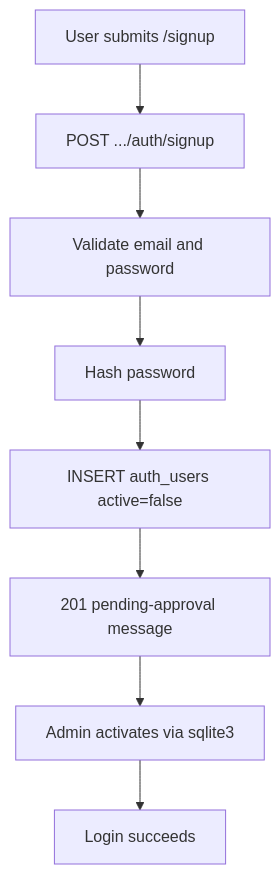
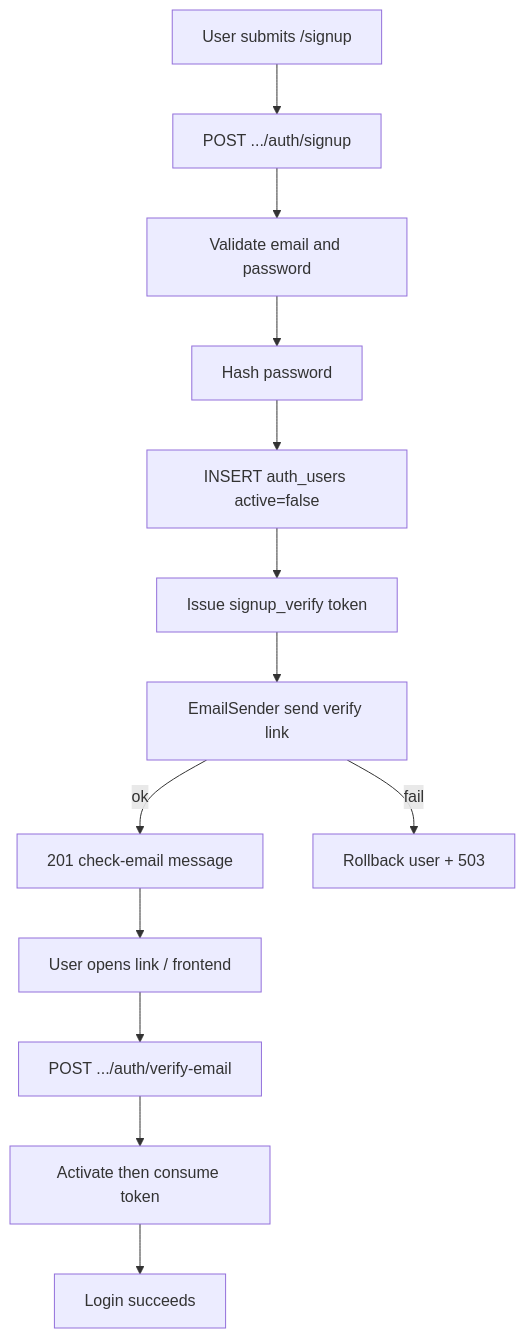
Before and after one commit to mikeyjay39/life-manager: the first of 2 diagrams in docs/agents/api.md, drawn with Mermaid. The commit also changed other lines of this file and 78 other files, not shown here.

First line of the commit message:
Email integration: signup verify and password reset (Resend) (#233)

````diff
--- a/docs/agents/api.md
+++ b/docs/agents/api.md
@@ -87,10 +109,15 @@
 ```mermaid
 flowchart TD
   A[User submits /signup] --> B[POST .../auth/signup]
   B --> C[Validate email and password]
   C --> D[Hash password]
   D --> E["INSERT auth_users active=false"]
-  E --> F[201 pending-approval message]
-  F --> G[Admin activates via sqlite3]
-  G --> H[Login succeeds]
+  E --> F[Issue signup_verify token]
+  F --> G[EmailSender send verify link]
+  G -->|ok| H[201 check-email message]
+  G -->|fail| I[Rollback user + 503]
+  H --> J[User opens link / frontend]
+  J --> K[POST .../auth/verify-email]
+  K --> L[Activate then consume token]
+  L --> M[Login succeeds]
 ```
````
